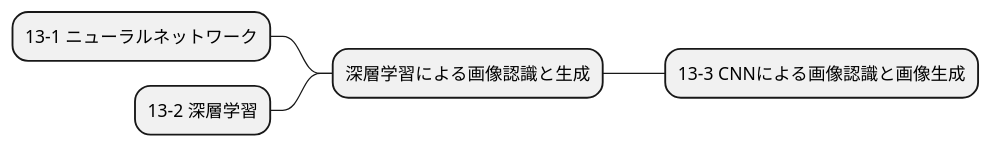
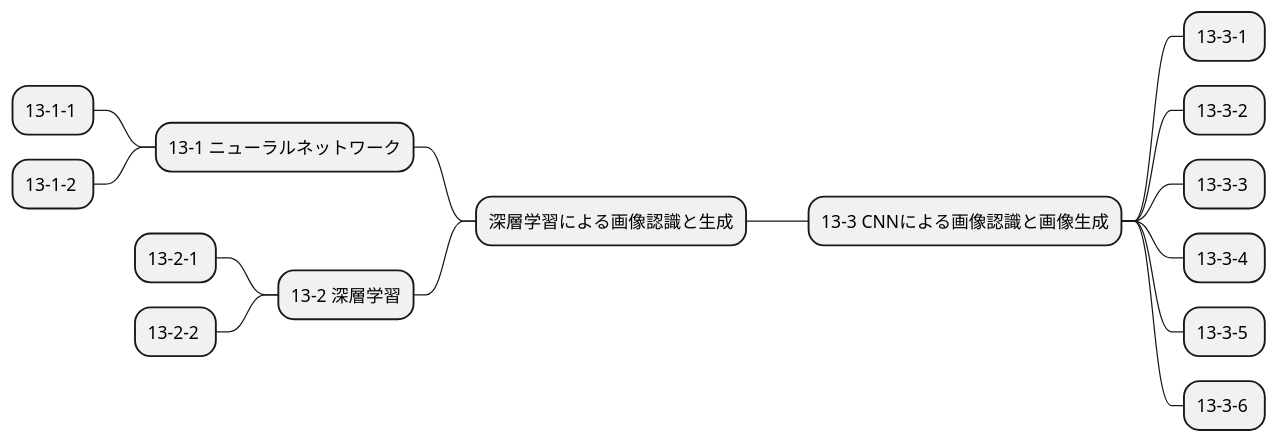
The diagram in mindmap/img_proc_expert_13.puml (Takayoshi-Matsuyama/image_processing), drawn with PlantUML before and after one commit. The commit also changed 16 other files, not shown here.

Commit message:
mindmap ex numbers

```diff
--- a/mindmap/img_proc_expert_13.puml
+++ b/mindmap/img_proc_expert_13.puml
@@ -1,6 +1,16 @@
 @startmindmap img_proc_expert_13
 + 深層学習による画像認識と生成
 -- 13-1 ニューラルネットワーク
+--- 13-1-1 
+--- 13-1-2 
 -- 13-2 深層学習
+--- 13-2-1 
+--- 13-2-2 
 ++ 13-3 CNNによる画像認識と画像生成
++++ 13-3-1 
++++ 13-3-2 
++++ 13-3-3 
++++ 13-3-4 
++++ 13-3-5 
++++ 13-3-6 
 @endmindmap
```
